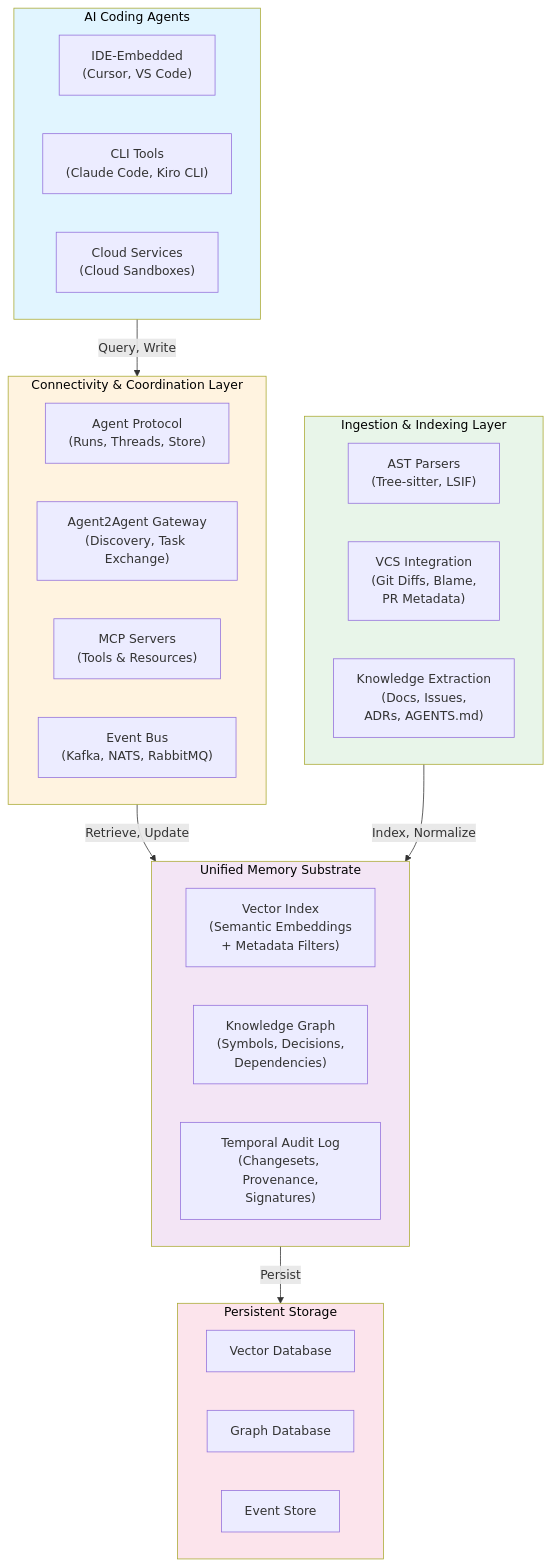
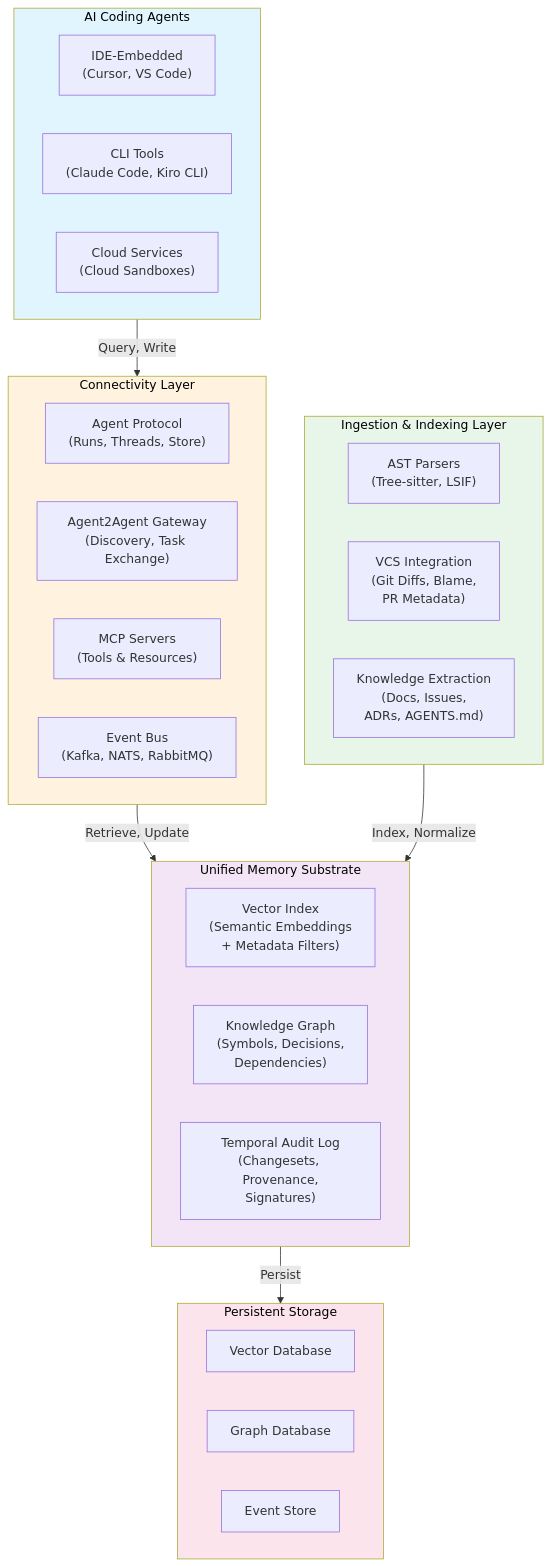
One commit to Chillbruhhh/Agentic-Coding-Memory changed the first of 7 diagrams in Unified_Agentic_Memory_White_Paper-Detail.md. Above: the diagram before and after it, drawn with Mermaid. The commit also changed other lines of this file, not shown here.

Commit message:
Fix diagram labels and text colors

````diff
--- a/Unified_Agentic_Memory_White_Paper-Detail.md
+++ b/Unified_Agentic_Memory_White_Paper-Detail.md
@@ -53,44 +53,44 @@
 ```mermaid
 graph TB
     subgraph Agents["AI Coding Agents"]
         A1["IDE-Embedded<br/>(Cursor, VS Code)"]
         A2["CLI Tools<br/>(Claude Code, Kiro CLI)"]
         A3["Cloud Services<br/>(Cloud Sandboxes)"]
     end
     
-    subgraph Connect["Connectivity & Coordination Layer"]
+    subgraph Connect["Connectivity Layer"]
         AP["Agent Protocol<br/>(Runs, Threads, Store)"]
         A2A["Agent2Agent Gateway<br/>(Discovery, Task Exchange)"]
         MCP["MCP Servers<br/>(Tools & Resources)"]
         BUS["Event Bus<br/>(Kafka, NATS, RabbitMQ)"]
     end
     
     subgraph Mem["Unified Memory Substrate"]
         VEC["Vector Index<br/>(Semantic Embeddings<br/>+ Metadata Filters)"]
         GRA["Knowledge Graph<br/>(Symbols, Decisions,<br/>Dependencies)"]
         AUD["Temporal Audit Log<br/>(Changesets, Provenance,<br/>Signatures)"]
     end
     
     subgraph Ingest["Ingestion & Indexing Layer"]
         TS["AST Parsers<br/>(Tree-sitter, LSIF)"]
         DIFF["VCS Integration<br/>(Git Diffs, Blame,<br/>PR Metadata)"]
         DOC["Knowledge Extraction<br/>(Docs, Issues,<br/>ADRs, AGENTS.md)"]
     end
     
     subgraph Storage["Persistent Storage"]
         VECDB["Vector Database"]
         GRAPHDB["Graph Database"]
         AUDITDB["Event Store"]
     end
     
     Agents -->|Query, Write| Connect
     Connect -->|Retrieve, Update| Mem
     Ingest -->|Index, Normalize| Mem
     Mem -->|Persist| Storage
     
     style Agents fill:#e1f5ff,color:black
     style Connect fill:#fff3e0,color:black
     style Mem fill:#f3e5f5,color:black
     style Ingest fill:#e8f5e9,color:black
     style Storage fill:#fce4ec,color:black
 ```
````
